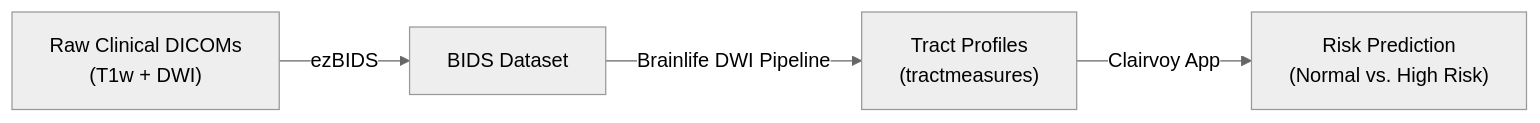
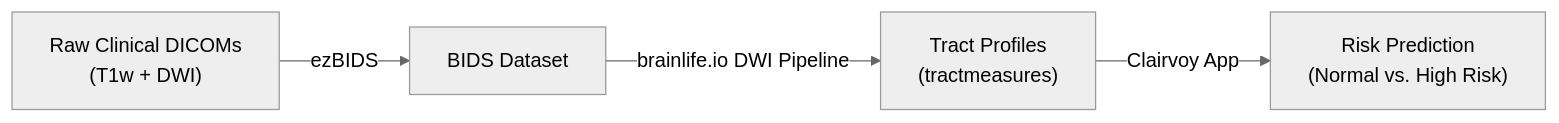
One commit to brainlife/docs-next changed the diagram in content/tutorial/using-clairvoy.md. Above: the diagram before and after it, drawn with Mermaid (neutral theme). The commit also changed other lines of this file and 18 other files, not shown here.

````diff
--- a/content/tutorial/using-clairvoy.md
+++ b/content/tutorial/using-clairvoy.md
@@ -21,6 +21,6 @@
 ```mermaid
 flowchart LR
     A["Raw Clinical DICOMs<br/>(T1w + DWI)"] -->|ezBIDS| B["BIDS Dataset"]
-    B -->|Brainlife DWI Pipeline| C["Tract Profiles<br/>(tractmeasures)"]
+    B -->|brainlife.io DWI Pipeline| C["Tract Profiles<br/>(tractmeasures)"]
     C -->|Clairvoy App| D["Risk Prediction<br/>(Normal vs. High Risk)"]
 ```
````
